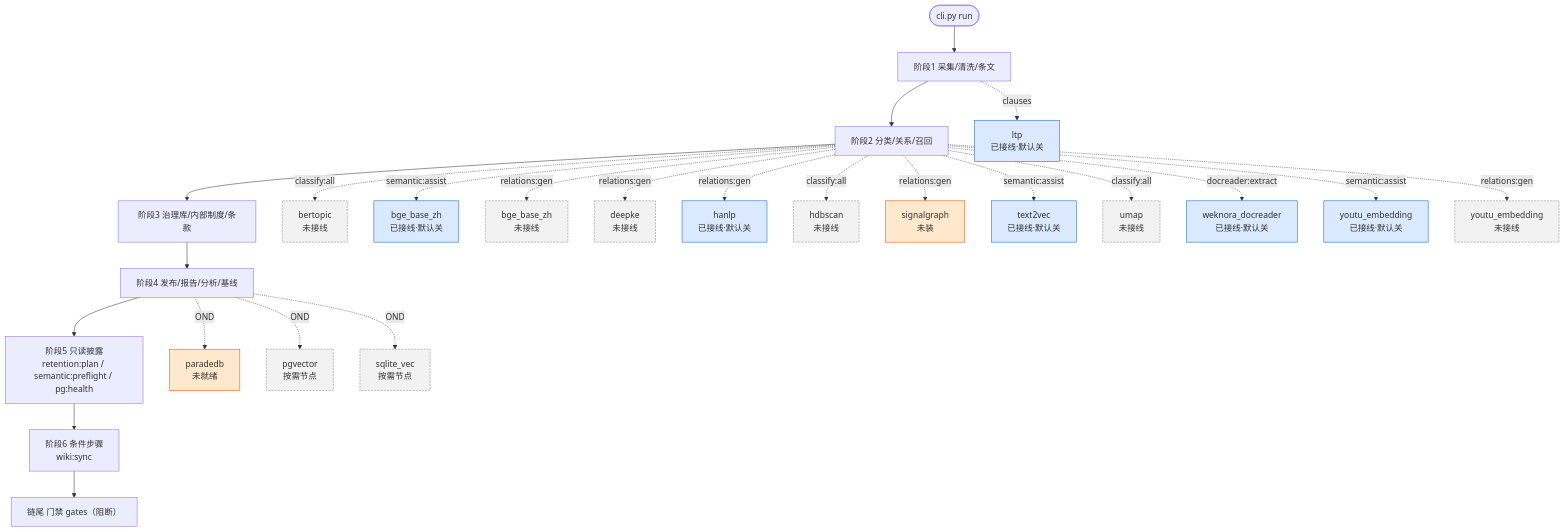
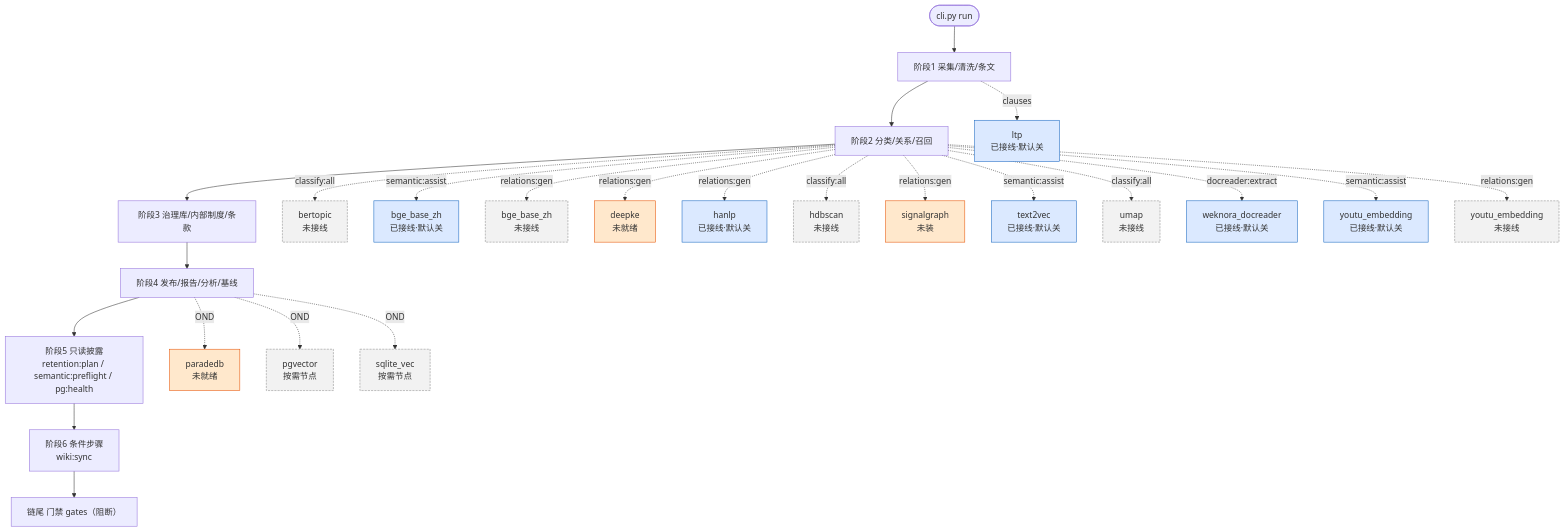
Before and after one commit to wangtierui/orchestrator: the third of 3 diagrams in README.md, drawn with Mermaid. The commit also changed other lines of this file and 63 other files, not shown here.

````diff
--- a/README.md
+++ b/README.md
@@ -413,37 +413,37 @@
 ```mermaid
 flowchart TD
   S(["cli.py run"]) --> A["阶段1 采集/清洗/条文"]
   A --> B["阶段2 分类/关系/召回"]
   B --> C["阶段3 治理库/内部制度/条款"]
   C --> D["阶段4 发布/报告/分析/基线"]
   D --> E["阶段5 只读披露<br/>retention:plan / semantic:preflight / pg:health"]
   E --> F["阶段6 条件步骤<br/>wiki:sync"]
   F --> G["链尾 门禁 gates（阻断）"]
 
   B -.->|"classify:all"| M_bertopic["bertopic<br/>未接线"]
   B -.->|"semantic:assist"| M_bge_base_zh["bge_base_zh<br/>已接线·默认关"]
   B -.->|"relations:gen"| M_bge_base_zh_relations["bge_base_zh<br/>未接线"]
-  B -.->|"relations:gen"| M_deepke["deepke<br/>未接线"]
+  B -.->|"relations:gen"| M_deepke["deepke<br/>未就绪"]
   B -.->|"relations:gen"| M_hanlp["hanlp<br/>已接线·默认关"]
   B -.->|"classify:all"| M_hdbscan["hdbscan<br/>未接线"]
   A -.->|"clauses"| M_ltp["ltp<br/>已接线·默认关"]
   D -.->|"OND"| M_paradedb["paradedb<br/>未就绪"]
   D -.->|"OND"| M_pgvector["pgvector<br/>按需节点"]
   B -.->|"relations:gen"| M_signalgraph["signalgraph<br/>未装"]
   D -.->|"OND"| M_sqlite_vec["sqlite_vec<br/>按需节点"]
   B -.->|"semantic:assist"| M_text2vec["text2vec<br/>已接线·默认关"]
   B -.->|"classify:all"| M_umap["umap<br/>未接线"]
   B -.->|"docreader:extract"| M_weknora_docreader["weknora_docreader<br/>已接线·默认关"]
   B -.->|"semantic:assist"| M_youtu_embedding["youtu_embedding<br/>已接线·默认关"]
   B -.->|"relations:gen"| M_youtu_embedding_relations["youtu_embedding<br/>未接线"]
 
   classDef on fill:#d7f2df,stroke:#2e7d32,stroke-width:1px
   classDef gated fill:#dbe9ff,stroke:#1565c0,stroke-width:1px
   classDef off fill:#f2f2f2,stroke:#8a8a8a,stroke-dasharray:4 2
   classDef notready fill:#ffe8cc,stroke:#e65100,stroke-width:1px
   class M_bge_base_zh,M_hanlp,M_ltp,M_text2vec,M_weknora_docreader,M_youtu_embedding gated
-  class M_bertopic,M_bge_base_zh_relations,M_deepke,M_hdbscan,M_umap,M_youtu_embedding_relations off
+  class M_bertopic,M_bge_base_zh_relations,M_hdbscan,M_umap,M_youtu_embedding_relations off
   class M_pgvector,M_sqlite_vec off
-  class M_paradedb notready
+  class M_deepke,M_paradedb notready
   class M_signalgraph notready
 ```
````
